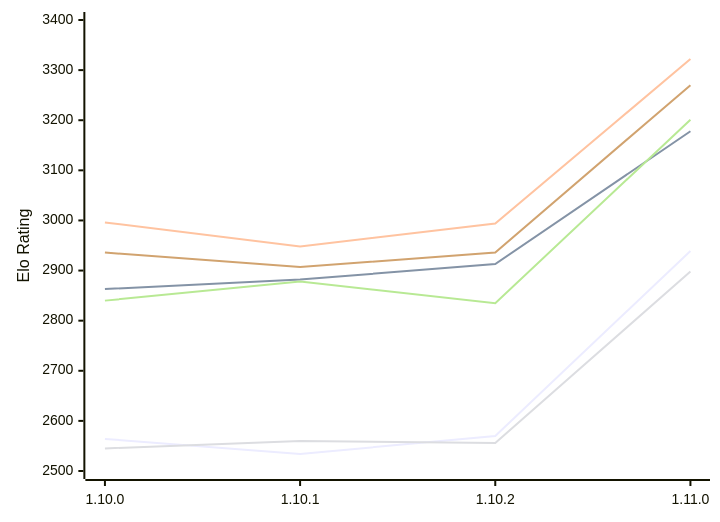
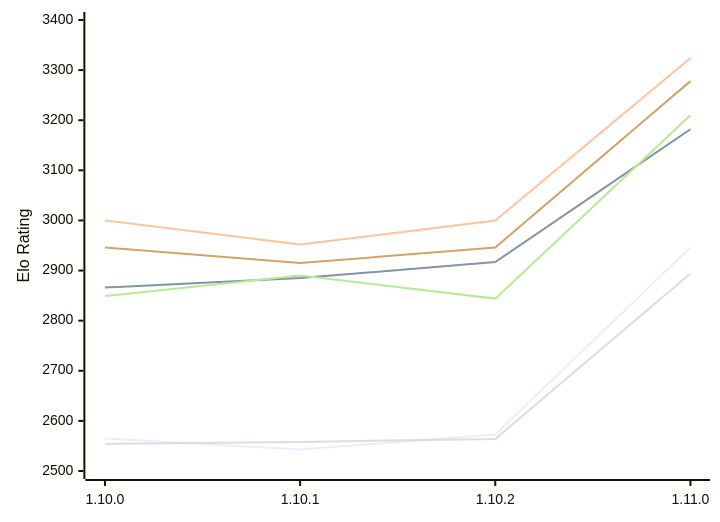
Before and after one commit to computer-chess-index/cci: the first of 2 diagrams in engines/Basilisk.md, drawn with Mermaid. The commit also changed other lines of this file, not shown here.

Commit message:
Update CCI Ratings (ELO VLTC) - 2026-11-25

````diff
--- a/engines/Basilisk.md
+++ b/engines/Basilisk.md
@@ -65,12 +65,12 @@
 ```mermaid
 %%{init: {"theme":"base","themeVariables":{"seriesColors:['#a3a3a3','#222221','#faa371']}}}%%
 xychart-beta
   x-axis ["1.10.0", "1.10.1", "1.10.2", "1.11.0"]
   y-axis "Elo Rating" 2500 --> 3400
-  line "E1: STC (8.0+0.08s)" [2564, 2534, 2570, 2939]
-  line "E1: LTC (60.0+0.60s)" [2863, 2882, 2913, 3178]
-  line "E1: VLTC (2m24s+1.12s)" [2996, 2948, 2994, 3322]
-  line "P1: STC (8.0+0.08s)" [2545, 2560, 2556, 2898]
-  line "P1: LTC (60.0+0.60s)" [2840, 2878, 2835, 3201]
-  line "P1: VLTC (2m24s+1.12s)" [2936, 2907, 2936, 3270]
+  line "E1: STC (8.0+0.08s)" [2565, 2543, 2573, 2946]
+  line "E1: LTC (60.0+0.60s)" [2866, 2885, 2917, 3182]
+  line "E1: VLTC (2m24s+1.12s)" [3000, 2952, 3000, 3324]
+  line "P1: STC (8.0+0.08s)" [2554, 2558, 2564, 2894]
+  line "P1: LTC (60.0+0.60s)" [2849, 2890, 2844, 3210]
+  line "P1: VLTC (2m24s+1.12s)" [2946, 2915, 2946, 3278]
 ```
````
